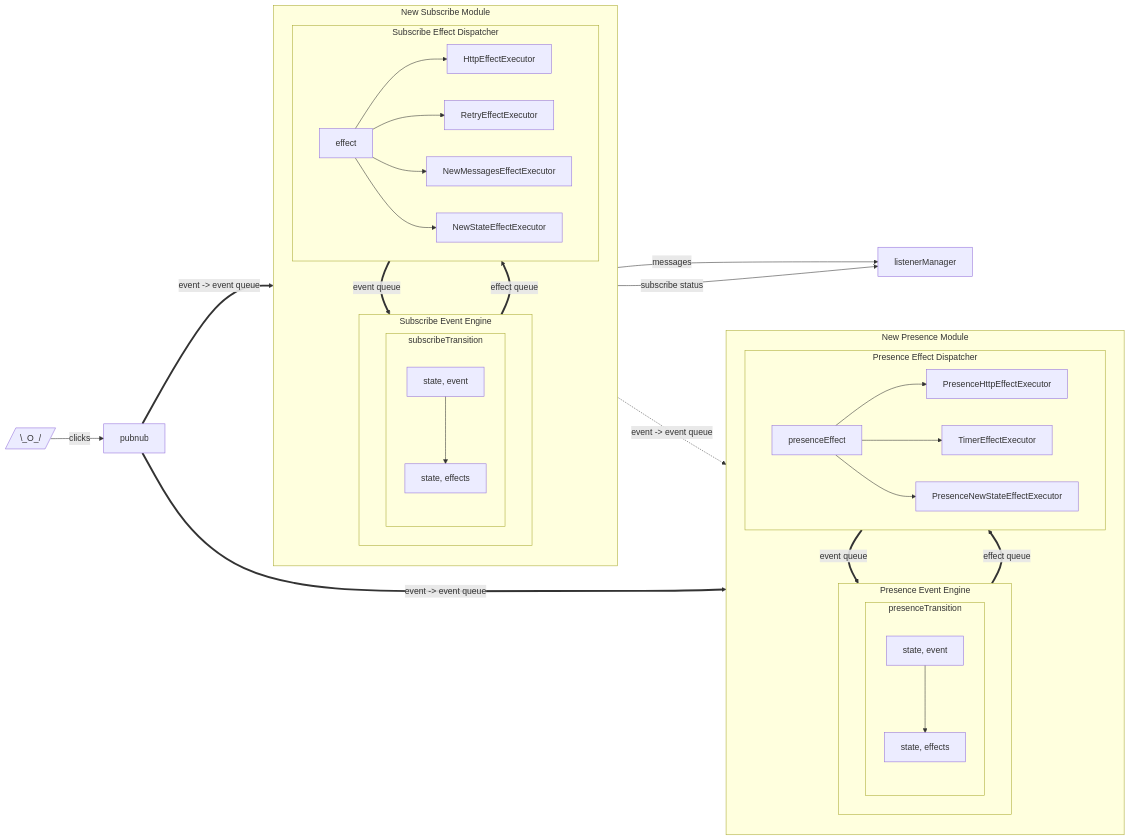
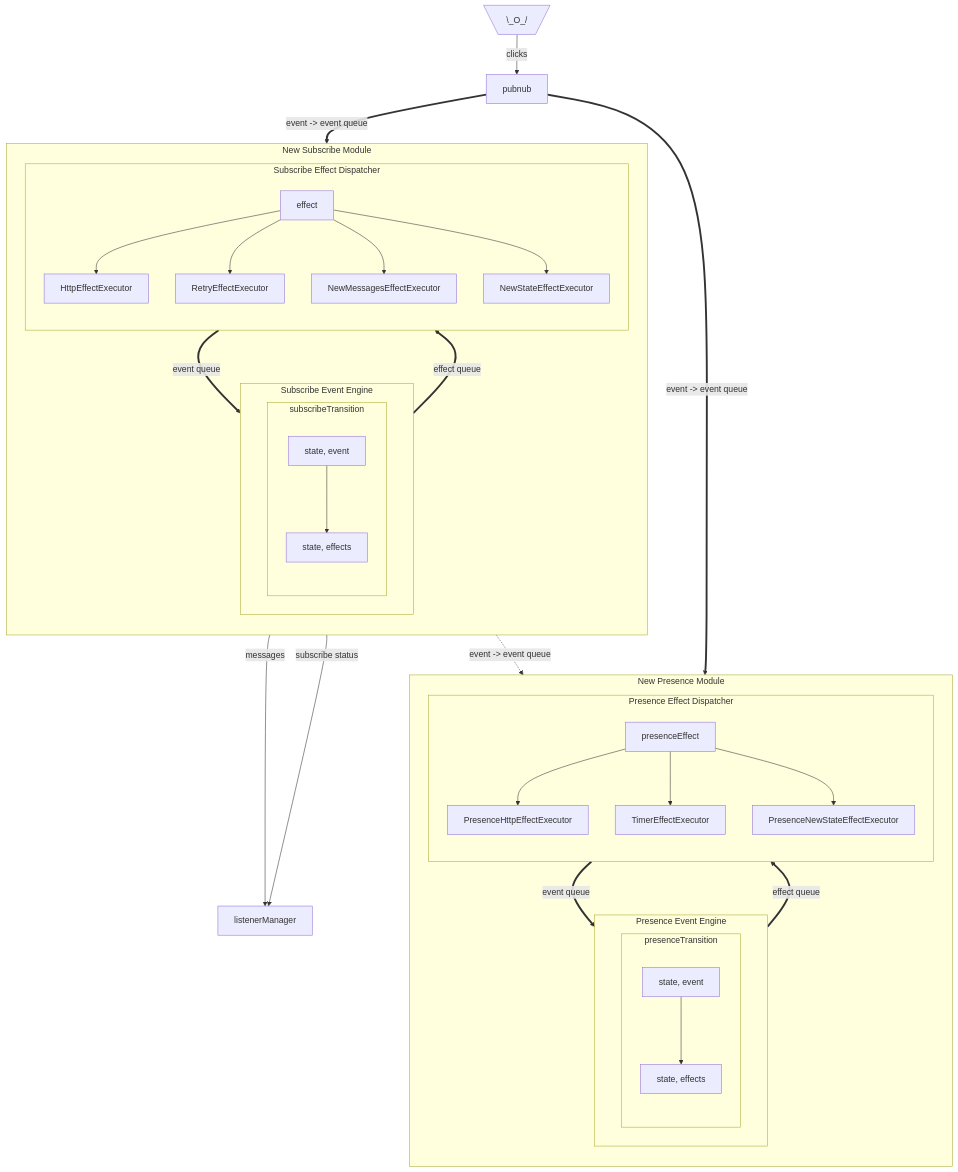
The diagram in SUBSCRIBE.MD (pubnub/kotlin), drawn with Mermaid before and after one commit. The commit also changed 3 other files, not shown here.

````diff
--- a/SUBSCRIBE.MD
+++ b/SUBSCRIBE.MD
@@ -1,45 +1,47 @@
 ```mermaid
-flowchart LR
+flowchart TB
   subgraph subscribeModule[New Subscribe Module]
+      direction TB
       subgraph eventEngine[Subscribe Event Engine]
         subgraph subscribeTransition 
             state,event1[state, event] --> state,effects1[state, effects]
         end
       end
       
       subgraph effectDispatcher[Subscribe Effect Dispatcher]
+            direction TB
             effect --> HttpEffectExecutor
             effect --> RetryEffectExecutor
             effect --> NewMessagesEffectExecutor
             effect --> NewStateEffectExecutor
       end
-
   end
 
   subgraph presenceModule[New Presence Module]
+    direction TB
     subgraph presenceEventEngine[Presence Event Engine]
       subgraph presenceTransition 
             state,event2[state, event] --> state,effects2[state, effects]
       end
     end
     subgraph presenceDispatcher[Presence Effect Dispatcher]
+      direction TB
       presenceEffect --> PresenceHttpEffectExecutor
       presenceEffect --> TimerEffectExecutor
       presenceEffect --> PresenceNewStateEffectExecutor
     end    
     
   end
 
   eventEngine == effect queue ==> effectDispatcher
   effectDispatcher == event queue ==> eventEngine
-  
   presenceEventEngine == effect queue ==> presenceDispatcher
   presenceDispatcher == event queue ==> presenceEventEngine
-  user[/\_O_//] -- clicks --> pubnub
+  user[\\_O_//] -- clicks --> pubnub
   pubnub == event -> event queue ==> subscribeModule
   pubnub == event -> event queue ==> presenceModule
   subscribeModule -- messages --> listenerManager
   subscribeModule -- subscribe status --> listenerManager
 
   subscribeModule -. event -> event queue .-> presenceModule
 ```
````
